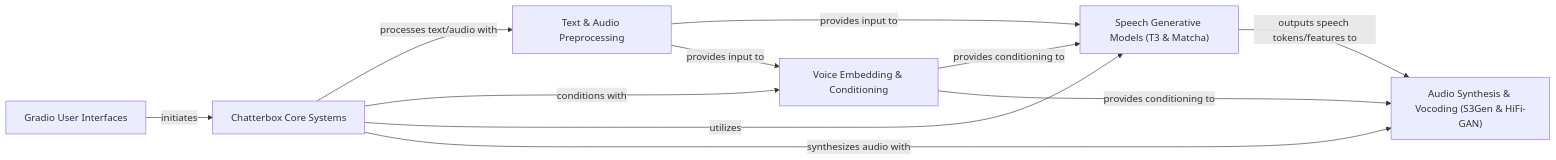
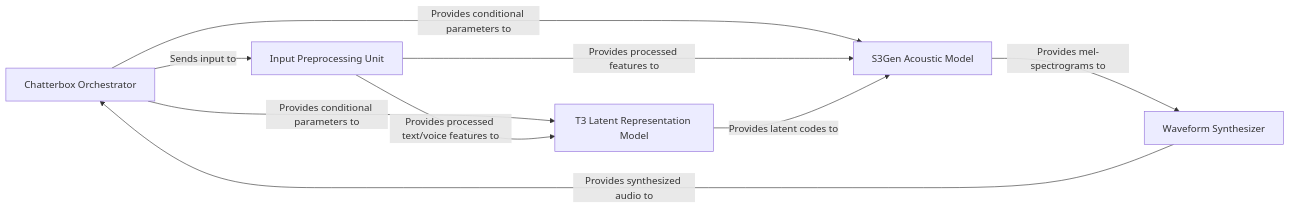
One commit to CodeBoarding/GeneratedOnBoardings changed the diagram in chatterbox/on_boarding.md. Above: the diagram before and after it, drawn with Mermaid. The commit also changed other lines of this file and 10 other files, not shown here.

````diff
--- a/chatterbox/on_boarding.md
+++ b/chatterbox/on_boarding.md
@@ -1,25 +1,20 @@
 ```mermaid
 graph LR
-    Gradio_User_Interfaces["Gradio User Interfaces"]
-    Chatterbox_Core_Systems["Chatterbox Core Systems"]
-    Text_Audio_Preprocessing["Text & Audio Preprocessing"]
-    Voice_Embedding_Conditioning["Voice Embedding & Conditioning"]
-    Speech_Generative_Models_T3_Matcha_["Speech Generative Models (T3 & Matcha)"]
-    Audio_Synthesis_Vocoding_S3Gen_HiFi_GAN_["Audio Synthesis & Vocoding (S3Gen & HiFi-GAN)"]
-    Gradio_User_Interfaces -- "initiates" --> Chatterbox_Core_Systems
-    Chatterbox_Core_Systems -- "processes text/audio with" --> Text_Audio_Preprocessing
-    Chatterbox_Core_Systems -- "conditions with" --> Voice_Embedding_Conditioning
-    Chatterbox_Core_Systems -- "utilizes" --> Speech_Generative_Models_T3_Matcha_
-    Chatterbox_Core_Systems -- "synthesizes audio with" --> Audio_Synthesis_Vocoding_S3Gen_HiFi_GAN_
-    Text_Audio_Preprocessing -- "provides input to" --> Speech_Generative_Models_T3_Matcha_
-    Text_Audio_Preprocessing -- "provides input to" --> Voice_Embedding_Conditioning
-    Voice_Embedding_Conditioning -- "provides conditioning to" --> Speech_Generative_Models_T3_Matcha_
-    Voice_Embedding_Conditioning -- "provides conditioning to" --> Audio_Synthesis_Vocoding_S3Gen_HiFi_GAN_
-    Speech_Generative_Models_T3_Matcha_ -- "outputs speech tokens/features to" --> Audio_Synthesis_Vocoding_S3Gen_HiFi_GAN_
-    click Gradio_User_Interfaces href "https://github.com/CodeBoarding/GeneratedOnBoardings/blob/main/chatterbox/Gradio User Interfaces.md" "Details"
-    click Chatterbox_Core_Systems href "https://github.com/CodeBoarding/GeneratedOnBoardings/blob/main/chatterbox/Chatterbox Core Systems.md" "Details"
-    click Text_Audio_Preprocessing href "https://github.com/CodeBoarding/GeneratedOnBoardings/blob/main/chatterbox/Text & Audio Preprocessing.md" "Details"
-    click Voice_Embedding_Conditioning href "https://github.com/CodeBoarding/GeneratedOnBoardings/blob/main/chatterbox/Voice Embedding & Conditioning.md" "Details"
-    click Speech_Generative_Models_T3_Matcha_ href "https://github.com/CodeBoarding/GeneratedOnBoardings/blob/main/chatterbox/Speech Generative Models (T3 & Matcha).md" "Details"
-    click Audio_Synthesis_Vocoding_S3Gen_HiFi_GAN_ href "https://github.com/CodeBoarding/GeneratedOnBoardings/blob/main/chatterbox/Audio Synthesis & Vocoding (S3Gen & HiFi-GAN).md" "Details"
+    Chatterbox_Orchestrator["Chatterbox Orchestrator"]
+    Input_Preprocessing_Unit["Input Preprocessing Unit"]
+    T3_Latent_Representation_Model["T3 Latent Representation Model"]
+    S3Gen_Acoustic_Model["S3Gen Acoustic Model"]
+    Waveform_Synthesizer["Waveform Synthesizer"]
+    Chatterbox_Orchestrator -- "Sends input to" --> Input_Preprocessing_Unit
+    Chatterbox_Orchestrator -- "Provides conditional parameters to" --> T3_Latent_Representation_Model
+    Chatterbox_Orchestrator -- "Provides conditional parameters to" --> S3Gen_Acoustic_Model
+    Input_Preprocessing_Unit -- "Provides processed text/voice features to" --> T3_Latent_Representation_Model
+    Input_Preprocessing_Unit -- "Provides processed features to" --> S3Gen_Acoustic_Model
+    T3_Latent_Representation_Model -- "Provides latent codes to" --> S3Gen_Acoustic_Model
+    S3Gen_Acoustic_Model -- "Provides mel-spectrograms to" --> Waveform_Synthesizer
+    Waveform_Synthesizer -- "Provides synthesized audio to" --> Chatterbox_Orchestrator
+    click Chatterbox_Orchestrator href "https://github.com/CodeBoarding/GeneratedOnBoardings/blob/main//chatterbox/Chatterbox_Orchestrator.md" "Details"
+    click Input_Preprocessing_Unit href "https://github.com/CodeBoarding/GeneratedOnBoardings/blob/main//chatterbox/Input_Preprocessing_Unit.md" "Details"
+    click T3_Latent_Representation_Model href "https://github.com/CodeBoarding/GeneratedOnBoardings/blob/main//chatterbox/T3_Latent_Representation_Model.md" "Details"
+    click S3Gen_Acoustic_Model href "https://github.com/CodeBoarding/GeneratedOnBoardings/blob/main//chatterbox/S3Gen_Acoustic_Model.md" "Details"
 ```
````
